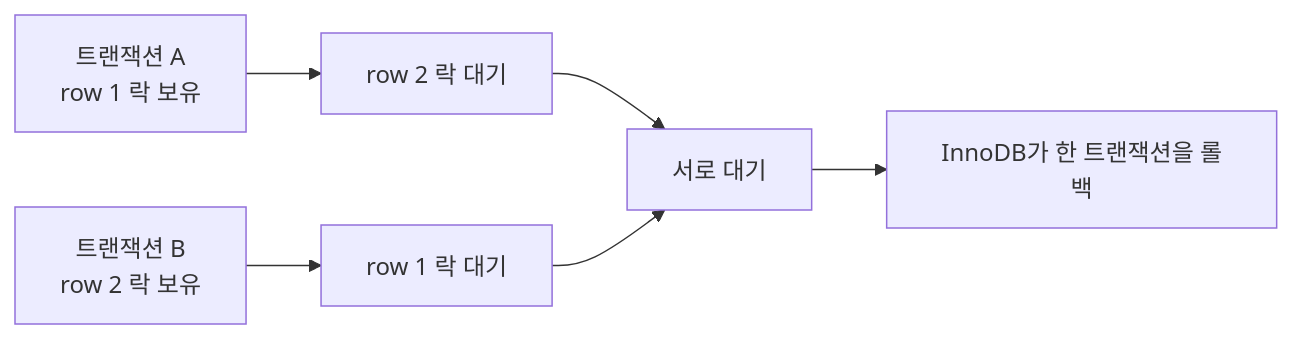
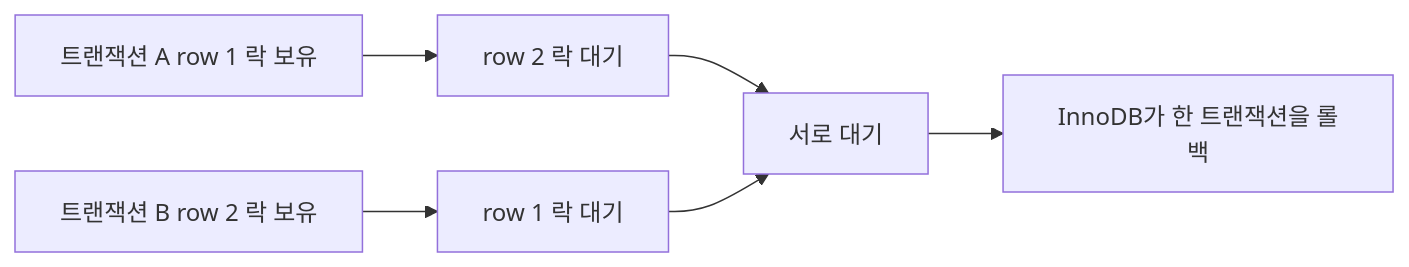
One commit to dreamjh1111/dreamjh1111.github.io changed the third of 3 diagrams in content/#03 데이터베이스/01-왜 DB를 알아야 할까 - MySQL InnoDB, 트랜잭션, MVCC, Lock 쉽게 이해하기.md. Above: the diagram before and after it, drawn with Mermaid. The commit also changed 7 other files, not shown here.

Commit message:
Reorder database series and fix mermaid labels

````diff
--- a/content/#03 데이터베이스/01-왜 DB를 알아야 할까 - MySQL InnoDB, 트랜잭션, MVCC, Lock 쉽게 이해하기.md
+++ b/content/#03 데이터베이스/01-왜 DB를 알아야 할까 - MySQL InnoDB, 트랜잭션, MVCC, Lock 쉽게 이해하기.md
@@ -193,8 +193,8 @@
 ```mermaid
 flowchart LR
-    A[트랜잭션 A<br/>row 1 락 보유] --> B[row 2 락 대기]
-    C[트랜잭션 B<br/>row 2 락 보유] --> D[row 1 락 대기]
+    A[트랜잭션 A row 1 락 보유] --> B[row 2 락 대기]
+    C[트랜잭션 B row 2 락 보유] --> D[row 1 락 대기]
     B --> E[서로 대기]
     D --> E
     E --> F[InnoDB가 한 트랜잭션을 롤백]
 ```
````
